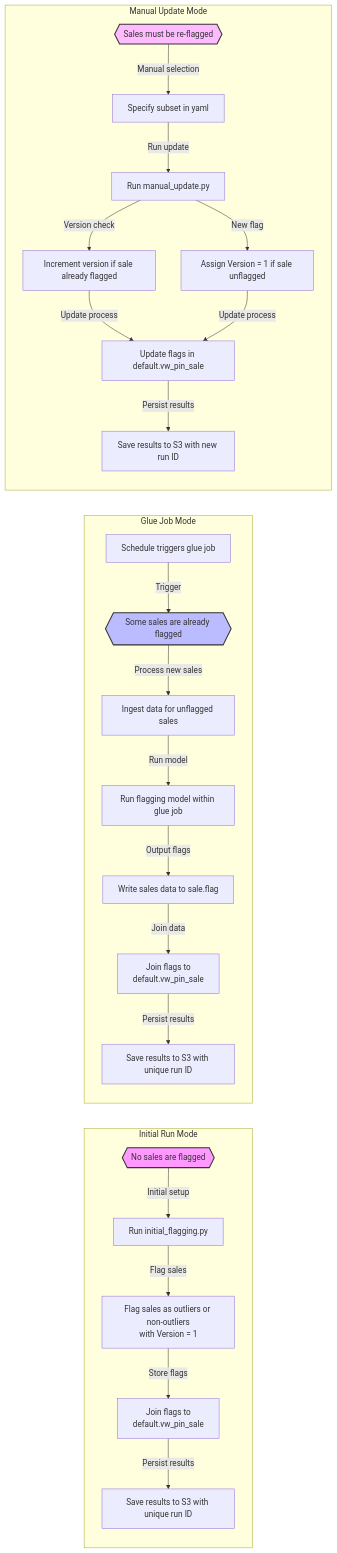
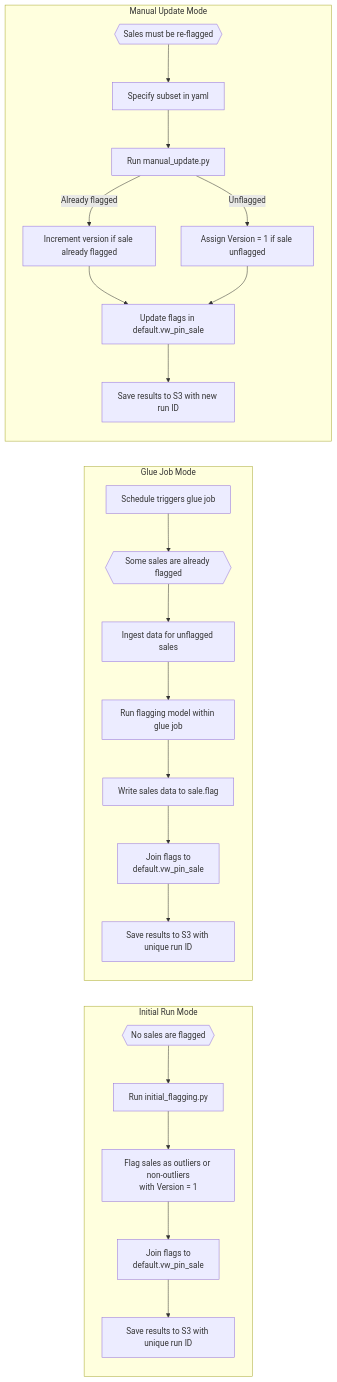
Before and after one commit to ccao-data/model-sales-val: the second of 3 diagrams in README.md, drawn with Mermaid.

Commit message:
Try different syntax to fix top down issue

````diff
--- a/README.md
+++ b/README.md
@@ -226,55 +226,52 @@
 ```mermaid
 
 graph LR
     subgraph "Initial Run Mode"
         A1{{"No sales are flagged"}}
         B1[Run initial_flagging.py]
         C1[Flag sales as outliers or non-outliers<br>with Version = 1]
         D1[Join flags to<br>default.vw_pin_sale]
         E1[Save results to S3 with unique run ID]
 
-        A1 -->|Initial setup| B1
-        B1 -->|Flag sales| C1
-        C1 -->|Store flags| D1
-        D1 -->|Persist results| E1
+        A1 --> B1
+        B1 --> C1
+        C1 --> D1
+        D1 --> E1
     end
 
     subgraph "Glue Job Mode"
         A2[Schedule triggers glue job]
         B2{{"Some sales are already flagged"}}
         C2[Ingest data for unflagged sales]
         D2[Run flagging model within glue job]
         E2[Write sales data to sale.flag]
         F2[Join flags to<br>default.vw_pin_sale]
         G2[Save results to S3 with unique run ID]
 
-        A2 -->|Trigger| B2
-        B2 -->|Process new sales| C2
-        C2 -->|Run model| D2
-        D2 -->|Output flags| E2
-        E2 -->|Join data| F2
-        F2 -->|Persist results| G2
+        A2 --> B2
+        B2 --> C2
+        C2 --> D2
+        D2 --> E2
+        E2 --> F2
+        F2 --> G2
     end
 
     subgraph "Manual Update Mode"
         A3{{"Sales must be re-flagged"}}
         B3[Specify subset in yaml]
         C3[Run manual_update.py]
         D3[Increment version if sale already flagged]
         E3[Assign Version = 1 if sale unflagged]
         F3[Update flags in default.vw_pin_sale]
         G3[Save results to S3 with new run ID]
 
-        A3 -->|Manual selection| B3
-        B3 -->|Run update| C3
-        C3 -->|Version check| D3
-        D3 -->|Update process| F3
-        C3 -->|New flag| E3
-        E3 -->|Update process| F3
-        F3 -->|Persist results| G3
+        A3 --> B3
+        B3 --> C3
+        C3 -->|Already flagged| D3
+        C3 -->|Unflagged| E3
+        D3 --> F3
+        E3 --> F3
+        F3 --> G3
     end
 
-    style A1 fill:#f9f,stroke:#333,stroke-width:2px
-    style B2 fill:#bbf,stroke:#333,stroke-width:2px
-    style A3 fill:#fbf,stroke:#333,stroke-width:2px
 ```
````
